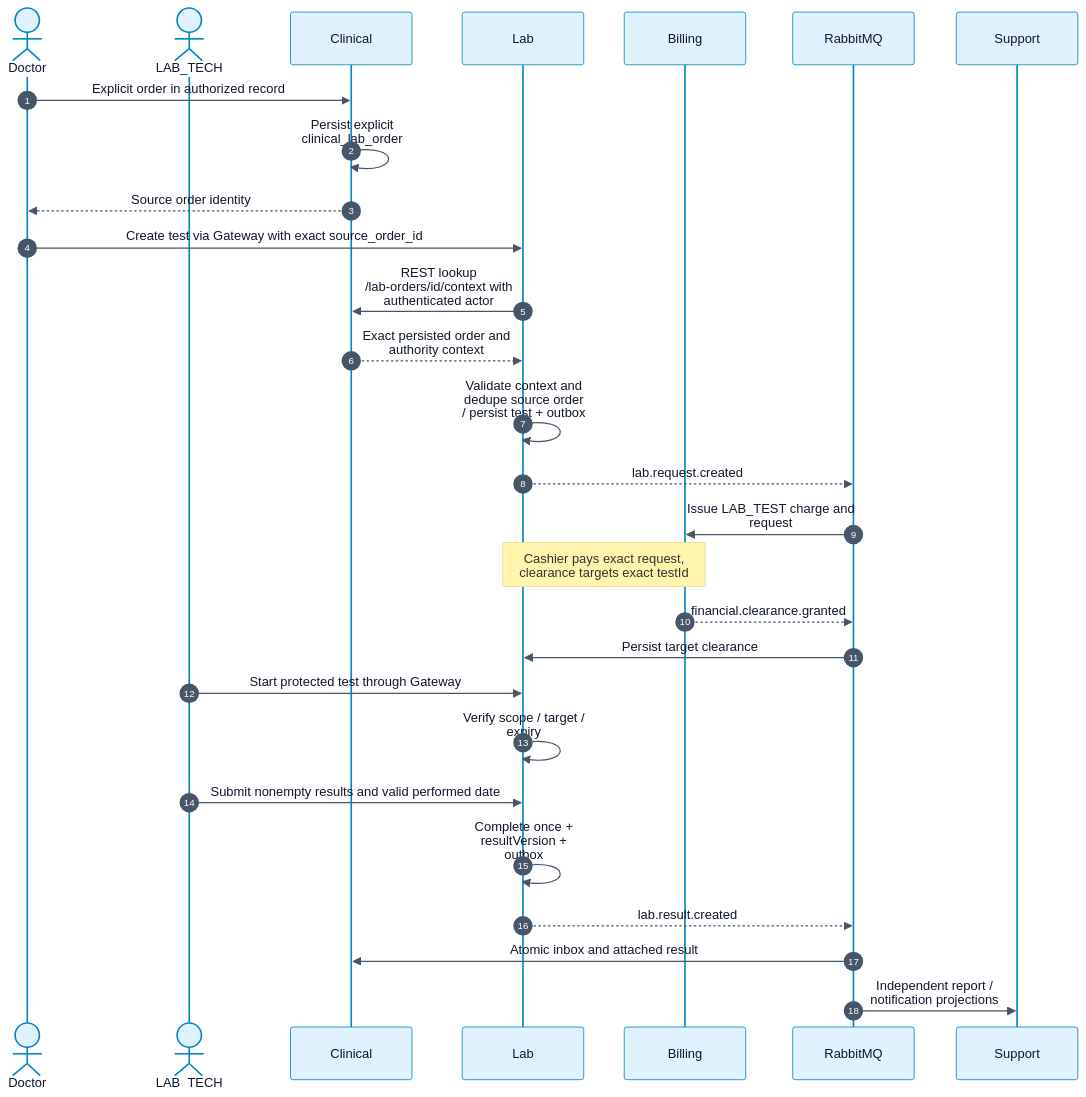
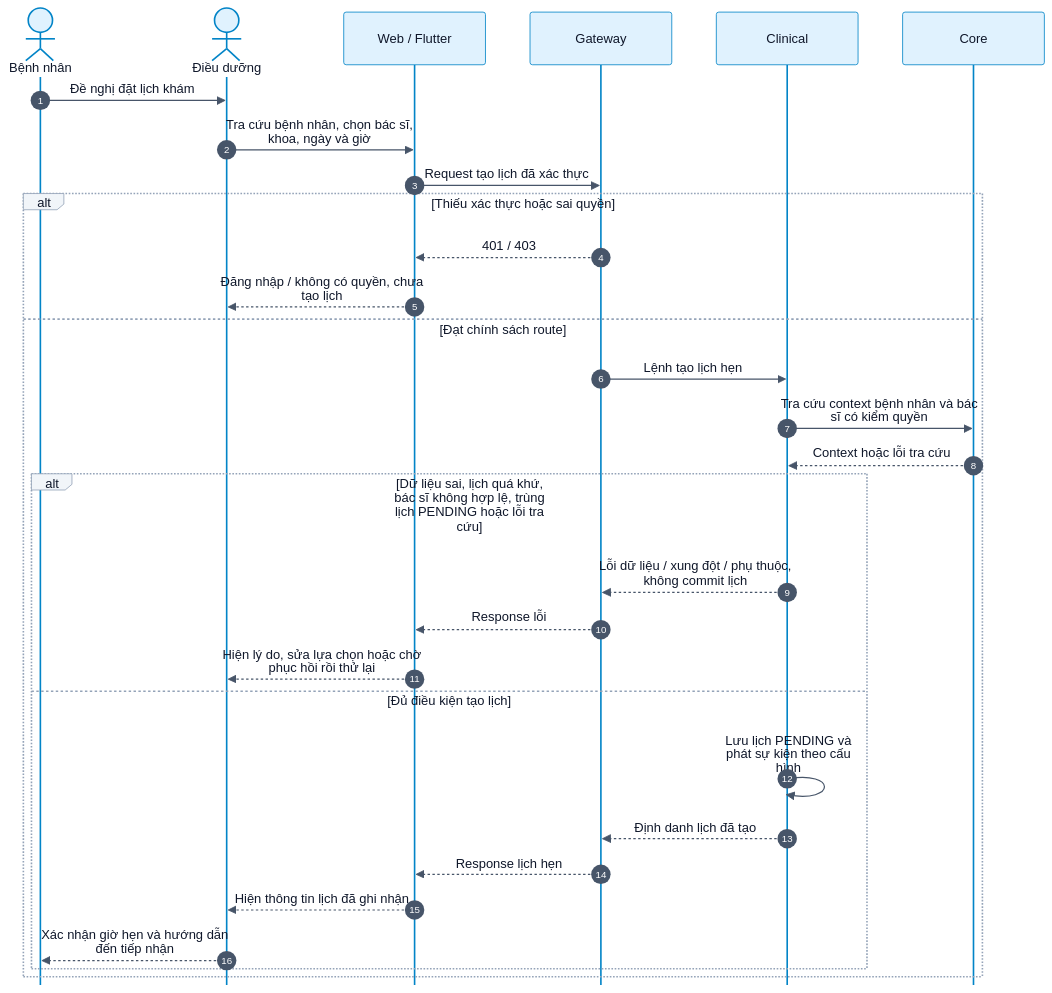
One commit to Dangvinh77/MediFlow changed diagram 14 of 41 in docs/monitor_proj_progress/02-giai-doan-2-thiet-ke-giao-dien-tieu-chuan/review-2/02-review-2-standard-vi.md. Above: the diagram before and after it, drawn with Mermaid. The commit also changed other lines of this file and 896 other files, not shown here.

Commit message:
docs(review2): align diagrams with supervisor feedback

````diff
--- a/docs/monitor_proj_progress/02-giai-doan-2-thiet-ke-giao-dien-tieu-chuan/review-2/02-review-2-standard-vi.md
+++ b/docs/monitor_proj_progress/02-giai-doan-2-thiet-ke-giao-dien-tieu-chuan/review-2/02-review-2-standard-vi.md
@@ -882,31 +694,33 @@
 ```mermaid
-%%{init: {"theme": "base", "securityLevel": "loose", "fontFamily": "Arial, sans-serif", "themeVariables": {"primaryColor": "#e0f2fe", "primaryTextColor": "#0f172a", "primaryBorderColor": "#0284c7", "lineColor": "#475569", "secondaryColor": "#ccfbf1", "tertiaryColor": "#f1f5f9", "background": "#ffffff", "mainBkg": "#e0f2fe", "nodeBorder": "#0284c7", "clusterBkg": "#f8fafc", "clusterBorder": "#94a3b8", "actorBkg": "#e0f2fe", "actorBorder": "#0284c7", "actorTextColor": "#0f172a", "signalColor": "#475569", "signalTextColor": "#0f172a", "labelBoxBkgColor": "#f1f5f9", "labelBoxBorderColor": "#94a3b8", "activationBkgColor": "#ccfbf1", "activationBorderColor": "#0f766e", "sequenceNumberColor": "#ffffff", "attributeBackgroundColorOdd": "#ffffff", "attributeBackgroundColorEven": "#f0f9ff"}, "flowchart": {"htmlLabels": true, "curve": "basis", "nodeSpacing": 30, "rankSpacing": 50}, "sequence": {"useMaxWidth": true, "wrap": true}, "er": {"useMaxWidth": true}}}%%
+%%{init: {"theme": "base", "securityLevel": "loose", "fontFamily": "Arial, sans-serif", "themeVariables": {"primaryColor": "#e0f2fe", "primaryTextColor": "#0f172a", "primaryBorderColor": "#0284c7", "lineColor": "#475569", "secondaryColor": "#ccfbf1", "tertiaryColor": "#f1f5f9", "background": "#ffffff", "mainBkg": "#e0f2fe", "nodeBorder": "#0284c7", "clusterBkg": "#f8fafc", "clusterBorder": "#94a3b8", "actorBkg": "#e0f2fe", "actorBorder": "#0284c7", "actorTextColor": "#0f172a", "signalColor": "#475569", "signalTextColor": "#0f172a", "labelBoxBkgColor": "#f1f5f9", "labelBoxBorderColor": "#94a3b8", "activationBkgColor": "#ccfbf1", "activationBorderColor": "#0f766e", "sequenceNumberColor": "#ffffff", "attributeBackgroundColorOdd": "#ffffff", "attributeBackgroundColorEven": "#f0f9ff"}, "flowchart": {"htmlLabels": true, "curve": "linear", "nodeSpacing": 40, "rankSpacing": 46, "subGraphTitleMargin": {"top": 12, "bottom": 45}}, "sequence": {"useMaxWidth": true, "wrap": true, "actorMargin": 55, "width": 175, "messageMargin": 30, "mirrorActors": false}, "er": {"useMaxWidth": true}, "maxTextSize": 2000000, "class": {"nodeSpacing": 30, "rankSpacing": 55}}}%%
 sequenceDiagram
  autonumber
- actor Doctor
- actor Tech as LAB_TECH
+ actor Patient as Bệnh nhân
+ actor Nurse as Điều dưỡng
+ participant UI as Web / Flutter
+ participant G as Gateway
  participant C as Clinical
- participant L as Lab
- participant B as Billing
- participant Q as RabbitMQ
- participant S as Support
- Doctor->>C: Explicit order in authorized record
- C->>C: Persist explicit clinical_lab_order
- C-->>Doctor: Source order identity
- Doctor->>L: Create test via Gateway with exact source_order_id
- L->>C: REST lookup /lab-orders/id/context with authenticated actor
- C-->>L: Exact persisted order and authority context
- L->>L: Validate context and dedupe source order / persist test + outbox
- L-->>Q: lab.request.created
- Q->>B: Issue LAB_TEST charge and request
- Note over B,L: Cashier pays exact request, clearance targets exact testId
- B-->>Q: financial.clearance.granted
- Q->>L: Persist target clearance
- Tech->>L: Start protected test through Gateway
- L->>L: Verify scope / target / expiry
- Tech->>L: Submit nonempty results and valid performed date
- L->>L: Complete once + resultVersion + outbox
- L-->>Q: lab.result.created
- Q->>C: Atomic inbox and attached result
- Q->>S: Independent report / notification projections
+ participant Core as Core
+ Patient->>Nurse: Đề nghị đặt lịch khám
+ Nurse->>UI: Tra cứu bệnh nhân, chọn bác sĩ, khoa, ngày và giờ
+ UI->>G: Request tạo lịch đã xác thực
+ alt Thiếu xác thực hoặc sai quyền
+  G-->>UI: 401 / 403
+  UI-->>Nurse: Đăng nhập / không có quyền, chưa tạo lịch
+ else Đạt chính sách route
+  G->>C: Lệnh tạo lịch hẹn
+  C->>Core: Tra cứu context bệnh nhân và bác sĩ có kiểm quyền
+  Core-->>C: Context hoặc lỗi tra cứu
+  alt Dữ liệu sai, lịch quá khứ, bác sĩ không hợp lệ, trùng lịch PENDING hoặc lỗi tra cứu
+   C-->>G: Lỗi dữ liệu / xung đột / phụ thuộc, không commit lịch
+   G-->>UI: Response lỗi
+   UI-->>Nurse: Hiện lý do, sửa lựa chọn hoặc chờ phục hồi rồi thử lại
+  else Đủ điều kiện tạo lịch
+   C->>C: Lưu lịch PENDING và phát sự kiện theo cấu hình
+   C-->>G: Định danh lịch đã tạo
+   G-->>UI: Response lịch hẹn
+   UI-->>Nurse: Hiện thông tin lịch đã ghi nhận
+   Nurse-->>Patient: Xác nhận giờ hẹn và hướng dẫn đến tiếp nhận
+  end
+ end
 ```
````
